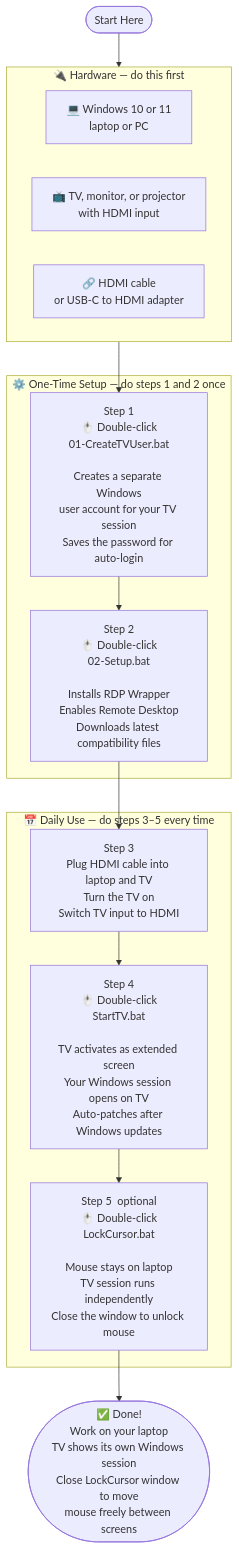
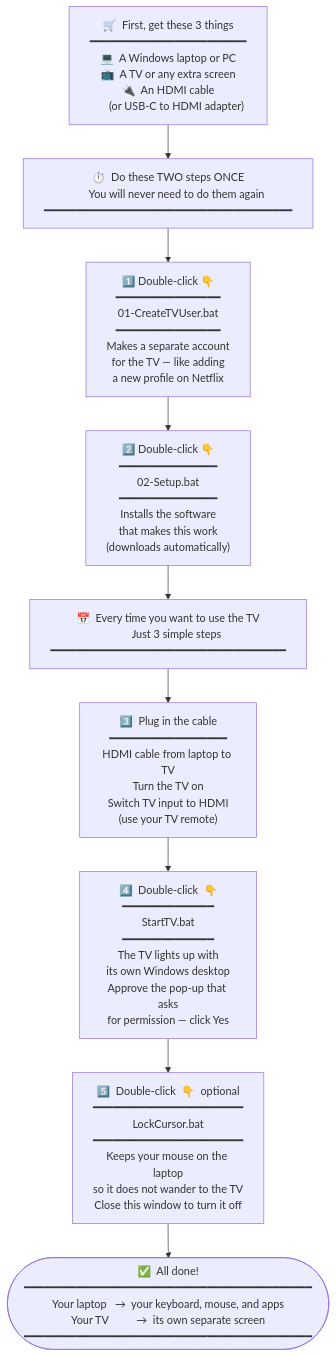
The diagram in README.md (priyasogani8-star/tv-as-second-screen), drawn with Mermaid before and after one commit. The commit also changed other lines of this file, not shown here.

````diff
--- a/README.md
+++ b/README.md
@@ -32,29 +34,36 @@
 ```mermaid
 flowchart TD
-    START([Start Here]) --> HW
+    NEED["🛒  First, get these 3 things\n━━━━━━━━━━━━━━━━━━━━━━━━\n💻  A Windows laptop or PC\n📺  A TV or any extra screen\n🔌  An HDMI cable\n      (or USB-C to HDMI adapter)"]
 
-    subgraph HW ["🔌 Hardware — do this first"]
-        H1["💻 Windows 10 or 11\nlaptop or PC"]
-        H2["📺 TV, monitor, or projector\nwith HDMI input"]
-        H3["🔗 HDMI cable\nor USB-C to HDMI adapter"]
-    end
+    NEED --> ONCE
 
-    HW --> S1
+    ONCE["⏱️  Do these TWO steps ONCE\n      You will never need to do them again\n━━━━━━━━━━━━━━━━━━━━━━━━━━━━━━━━━━━━━━"]
 
-    subgraph SETUP ["⚙️ One-Time Setup — do steps 1 and 2 once"]
-        S1["Step 1\n🖱️ Double-click\n01-CreateTVUser.bat\n\nCreates a separate Windows\nuser account for your TV session\nSaves the password for auto-login"]
-        S2["Step 2\n🖱️ Double-click\n02-Setup.bat\n\nInstalls RDP Wrapper\nEnables Remote Desktop\nDownloads latest compatibility files"]
-        S1 --> S2
-    end
+    ONCE --> S1
 
-    S2 --> PLUG
+    S1["1️⃣  Double-click  👇\n━━━━━━━━━━━━━━━━\n01-CreateTVUser.bat\n━━━━━━━━━━━━━━━━\nMakes a separate account\nfor the TV — like adding\na new profile on Netflix"]
 
-    subgraph DAILY ["📅 Daily Use — do steps 3–5 every time"]
-        PLUG["Step 3\nPlug HDMI cable into laptop and TV\nTurn the TV on\nSwitch TV input to HDMI"]
-        S4["Step 4\n🖱️ Double-click\nStartTV.bat\n\nTV activates as extended screen\nYour Windows session opens on TV\nAuto-patches after Windows updates"]
-        S5["Step 5  optional\n🖱️ Double-click\nLockCursor.bat\n\nMouse stays on laptop\nTV session runs independently\nClose the window to unlock mouse"]
-        PLUG --> S4 --> S5
-    end
+    S1 --> S2
 
-    S5 --> DONE(["✅ Done!\nWork on your laptop\nTV shows its own Windows session\nClose LockCursor window to move\nmouse freely between screens"])
+    S2["2️⃣  Double-click  👇\n━━━━━━━━━━━━━━━\n02-Setup.bat\n━━━━━━━━━━━━━━━\nInstalls the software\nthat makes this work\n(downloads automatically)"]
+
+    S2 --> EVERYTIME
+
+    EVERYTIME["📅  Every time you want to use the TV\n      Just 3 simple steps\n━━━━━━━━━━━━━━━━━━━━━━━━━━━━━━━━━━━━"]
+
+    EVERYTIME --> S3
+
+    S3["3️⃣  Plug in the cable\n━━━━━━━━━━━━━━━━━━\nHDMI cable from laptop to TV\nTurn the TV on\nSwitch TV input to HDMI\n(use your TV remote)"]
+
+    S3 --> S4
+
+    S4["4️⃣  Double-click  👇\n━━━━━━━━━━━━━━\nStartTV.bat\n━━━━━━━━━━━━━━\nThe TV lights up with\nits own Windows desktop\nApprove the pop-up that asks\nfor permission — click Yes"]
+
+    S4 --> S5
+
+    S5["5️⃣  Double-click  👇  optional\n━━━━━━━━━━━━━━━━━━━━━━━\nLockCursor.bat\n━━━━━━━━━━━━━━━━━━━━━━━\nKeeps your mouse on the laptop\nso it does not wander to the TV\nClose this window to turn it off"]
+
+    S5 --> DONE
+
+    DONE(["✅  All done!\n━━━━━━━━━━━━━━━━━━━━━━━━━━━━━━━━━━━━━━━━━━━━\nYour laptop   →  your keyboard, mouse, and apps\nYour TV          →  its own separate screen\n━━━━━━━━━━━━━━━━━━━━━━━━━━━━━━━━━━━━━━━━━━━━"])
 ```
````
